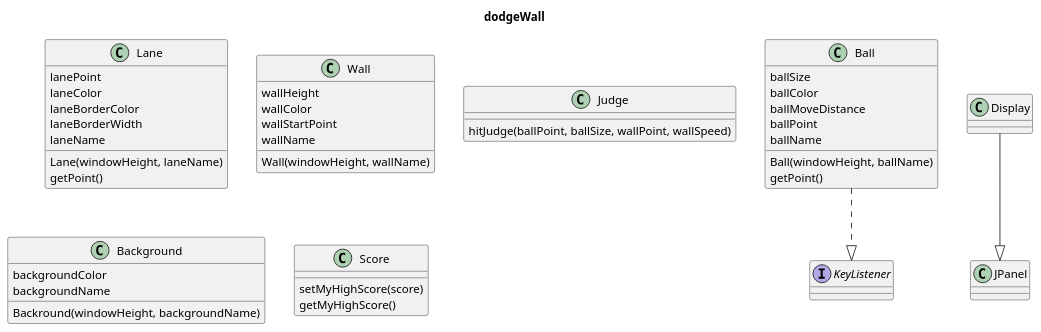
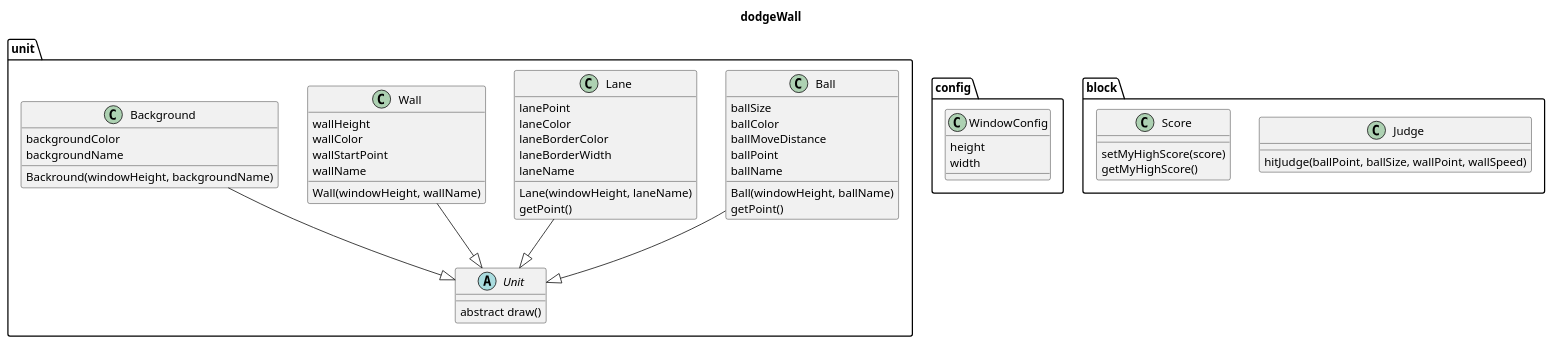
Before and after one commit to tokutatsu/DodgeWall: the diagram in documents/uml/class/class.pu, drawn with PlantUML. The commit also changed 1 other file, not shown here.

Commit message:
クラス図を更新した #3

```diff
--- a/documents/uml/class/class.pu
+++ b/documents/uml/class/class.pu
@@ -1,64 +1,71 @@
-@startuml class.png
+@startuml class
 title dodgeWall
 
-class Ball {
-    ballSize
-    ballColor
-    ballMoveDistance
-    ballPoint
-    ballName
+package unit {
+    abstract Unit {
+        abstract draw()
+    }
 
-    Ball(windowHeight, ballName)
-    getPoint()
+    class Ball {
+        ballSize
+        ballColor
+        ballMoveDistance
+        ballPoint
+        ballName
+
+        Ball(windowHeight, ballName)
+        getPoint()
+    }
+
+    class Lane {
+        lanePoint
+        laneColor
+        laneBorderColor
+        laneBorderWidth
+        laneName
+
+        Lane(windowHeight, laneName)
+        getPoint()
+    }
+
+    class Wall {
+        wallHeight
+        wallColor
+        wallStartPoint
+        wallName
+
+        Wall(windowHeight, wallName)
+    }
+
+    class Background {
+        backgroundColor
+        backgroundName
+
+        Backround(windowHeight, backgroundName)
+    }
 }
 
-class Lane {
-    lanePoint
-    laneColor
-    laneBorderColor
-    laneBorderWidth
-    laneName
-
-    Lane(windowHeight, laneName)
-    getPoint()
+package config {
+    class WindowConfig {
+        height
+        width
+    }
 }
 
-class Wall {
-    wallHeight
-    wallColor
-    wallStartPoint
-    wallName
+package block {
+    class Judge {
+        hitJudge(ballPoint, ballSize, wallPoint, wallSpeed)
+    }
 
-    Wall(windowHeight, wallName)
+    class Score {
+        setMyHighScore(score)
+        getMyHighScore()
+    }
 }
 
-class Judge {
-    hitJudge(ballPoint, ballSize, wallPoint, wallSpeed)
-}
-
-class Display {
-
-}
-
-class Background {
-    backgroundColor
-    backgroundName
-
-    Backround(windowHeight, backgroundName)
-}
-
-class Score {
-    setMyHighScore(score)
-    getMyHighScore()
-}
-
-interface KeyListener {
-}
-
-class JPanel {
-}
-
-Ball ..|> KeyListener
-Display --|> JPanel
+Ball --|> Unit
+Wall --|> Unit
+Lane --|> Unit
+Background --|> Unit
 
 @enduml
```
